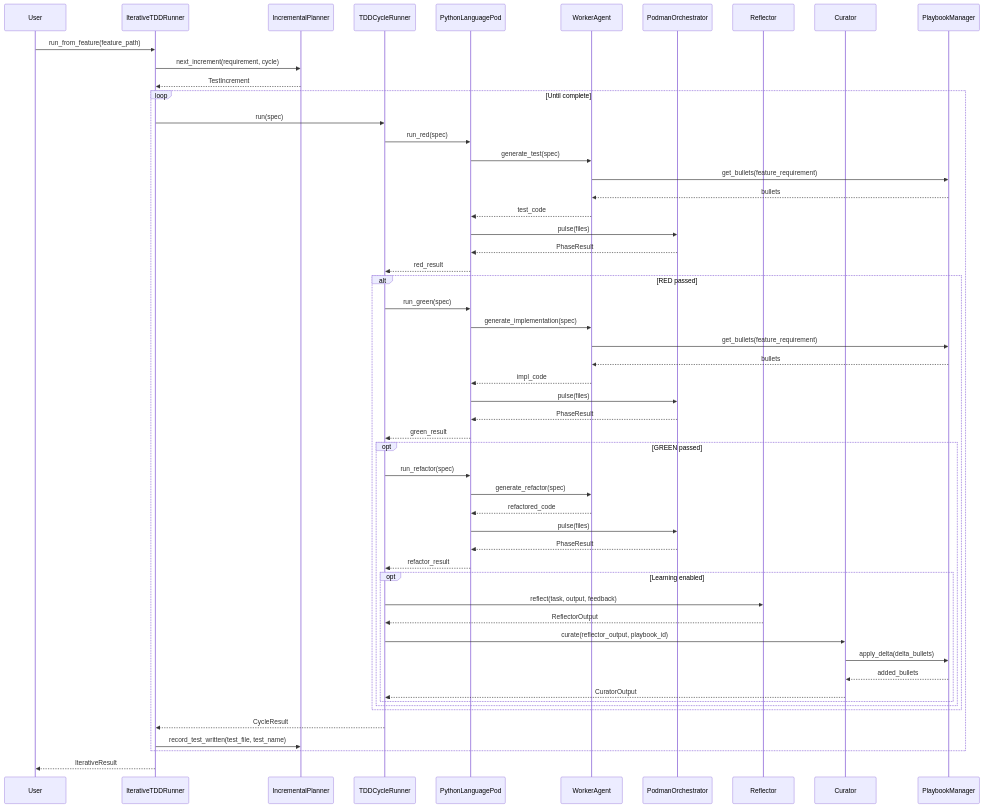
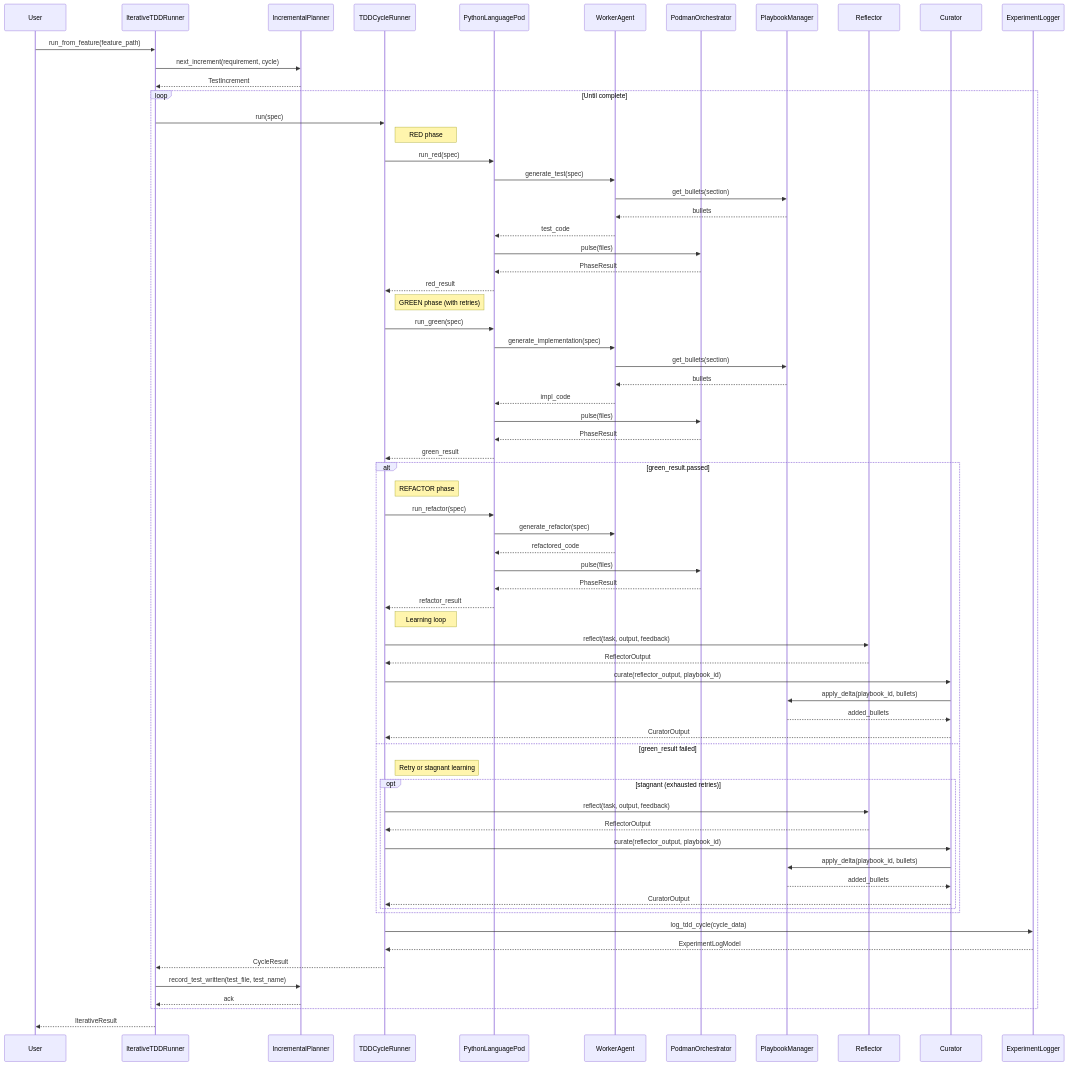
Before and after one commit to carlhuxley/ace_enterprise: the diagram in docs/SYSTEM_ARCHITECTURE.md, drawn with Mermaid. The commit also changed other lines of this file and 2 other files, not shown here.

Commit message:
Fix ace tdd crash when --feature is outside --project
Found live: `ace tdd --project <scratch dir> --feature <real repo's spec>`
(building into a throwaway directory from a real project's spec, without
touching the real project) crashed with an unhandled ValueError from
features[0].relative_to(project_root) in the summary print -- relative_to()
requires the feature file to be a subpath of project_root, which it
deliberately isn't in this pattern.

New _display_path() helper falls back to the absolute path when the file
isn't under project_root; this is a display string, not worth failing the
whole build over.

````diff
--- a/docs/SYSTEM_ARCHITECTURE.md
+++ b/docs/SYSTEM_ARCHITECTURE.md
@@ -39,64 +45,79 @@
 ```mermaid
 sequenceDiagram
     participant User
     participant IterativeTDDRunner
     participant IncrementalPlanner
     participant TDDCycleRunner
     participant PythonLanguagePod
     participant WorkerAgent
     participant PodmanOrchestrator
+    participant PlaybookManager
     participant Reflector
     participant Curator
-    participant PlaybookManager
+    participant ExperimentLogger
 
     User->>IterativeTDDRunner: run_from_feature(feature_path)
     IterativeTDDRunner->>IncrementalPlanner: next_increment(requirement, cycle)
     IncrementalPlanner-->>IterativeTDDRunner: TestIncrement
     
     loop Until complete
         IterativeTDDRunner->>TDDCycleRunner: run(spec)
         
+        Note right of TDDCycleRunner: RED phase
         TDDCycleRunner->>PythonLanguagePod: run_red(spec)
         PythonLanguagePod->>WorkerAgent: generate_test(spec)
-        WorkerAgent->>PlaybookManager: get_bullets(feature_requirement)
+        WorkerAgent->>PlaybookManager: get_bullets(section)
         PlaybookManager-->>WorkerAgent: bullets
         WorkerAgent-->>PythonLanguagePod: test_code
         PythonLanguagePod->>PodmanOrchestrator: pulse(files)
         PodmanOrchestrator-->>PythonLanguagePod: PhaseResult
         PythonLanguagePod-->>TDDCycleRunner: red_result
         
-        alt RED passed
-            TDDCycleRunner->>PythonLanguagePod: run_green(spec)
-            PythonLanguagePod->>WorkerAgent: generate_implementation(spec)
-            WorkerAgent->>PlaybookManager: get_bullets(feature_requirement)
-            PlaybookManager-->>WorkerAgent: bullets
-            WorkerAgent-->>PythonLanguagePod: impl_code
+        Note right of TDDCycleRunner: GREEN phase (with retries)
+        TDDCycleRunner->>PythonLanguagePod: run_green(spec)
+        PythonLanguagePod->>WorkerAgent: generate_implementation(spec)
+        WorkerAgent->>PlaybookManager: get_bullets(section)
+        PlaybookManager-->>WorkerAgent: bullets
+        WorkerAgent-->>PythonLanguagePod: impl_code
+        PythonLanguagePod->>PodmanOrchestrator: pulse(files)
+        PodmanOrchestrator-->>PythonLanguagePod: PhaseResult
+        PythonLanguagePod-->>TDDCycleRunner: green_result
+        
+        alt green_result.passed
+            Note right of TDDCycleRunner: REFACTOR phase
+            TDDCycleRunner->>PythonLanguagePod: run_refactor(spec)
+            PythonLanguagePod->>WorkerAgent: generate_refactor(spec)
+            WorkerAgent-->>PythonLanguagePod: refactored_code
             PythonLanguagePod->>PodmanOrchestrator: pulse(files)
             PodmanOrchestrator-->>PythonLanguagePod: PhaseResult
-            PythonLanguagePod-->>TDDCycleRunner: green_result
+            PythonLanguagePod-->>TDDCycleRunner: refactor_result
             
-            opt GREEN passed
-                TDDCycleRunner->>PythonLanguagePod: run_refactor(spec)
-                PythonLanguagePod->>WorkerAgent: generate_refactor(spec)
-                WorkerAgent-->>PythonLanguagePod: refactored_code
-                PythonLanguagePod->>PodmanOrchestrator: pulse(files)
-                PodmanOrchestrator-->>PythonLanguagePod: PhaseResult
-                PythonLanguagePod-->>TDDCycleRunner: refactor_result
-                
-                opt Learning enabled
-                    TDDCycleRunner->>Reflector: reflect(task, output, feedback)
-                    Reflector-->>TDDCycleRunner: ReflectorOutput
-                    TDDCycleRunner->>Curator: curate(reflector_output, playbook_id)
-                    Curator->>PlaybookManager: apply_delta(delta_bullets)
-                    PlaybookManager-->>Curator: added_bullets
-                    Curator-->>TDDCycleRunner: CuratorOutput
-                end
+            Note right of TDDCycleRunner: Learning loop
+            TDDCycleRunner->>Reflector: reflect(task, output, feedback)
+            Reflector-->>TDDCycleRunner: ReflectorOutput
+            TDDCycleRunner->>Curator: curate(reflector_output, playbook_id)
+            Curator->>PlaybookManager: apply_delta(playbook_id, bullets)
+            PlaybookManager-->>Curator: added_bullets
+            Curator-->>TDDCycleRunner: CuratorOutput
+        else green_result failed
+            Note right of TDDCycleRunner: Retry or stagnant learning
+            opt stagnant (exhausted retries)
+                TDDCycleRunner->>Reflector: reflect(task, output, feedback)
+                Reflector-->>TDDCycleRunner: ReflectorOutput
+                TDDCycleRunner->>Curator: curate(reflector_output, playbook_id)
+                Curator->>PlaybookManager: apply_delta(playbook_id, bullets)
+                PlaybookManager-->>Curator: added_bullets
+                Curator-->>TDDCycleRunner: CuratorOutput
             end
         end
         
+        TDDCycleRunner->>ExperimentLogger: log_tdd_cycle(cycle_data)
+        ExperimentLogger-->>TDDCycleRunner: ExperimentLogModel
         TDDCycleRunner-->>IterativeTDDRunner: CycleResult
+        
         IterativeTDDRunner->>IncrementalPlanner: record_test_written(test_file, test_name)
+        IncrementalPlanner-->>IterativeTDDRunner: ack
     end
     
     IterativeTDDRunner-->>User: IterativeResult
 ```
````
